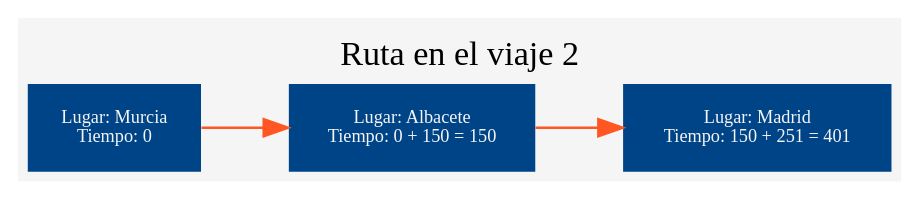
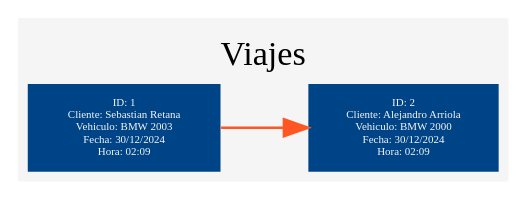
One commit to HerberthReyes07/EDD_EVD24_P2 changed the diagram in graficas_edd/aux_grafico.dot. Above: the diagram before and after it, drawn with Graphviz. The commit also changed 9 other files, not shown here.

```diff
--- a/graficas_edd/aux_grafico.dot
+++ b/graficas_edd/aux_grafico.dot
@@ -1,16 +1,14 @@
 digraph G {
 	graph[rankdir="LR"]
 	bgcolor="#F5F5F5";
 	fontcolor=black;
-	label="Ruta en el viaje 2";
+	label="Viajes";
 	labelloc="t";
 	nodesep=0.5;
-	node [fontsize = 7.5 shape=box style=filled fillcolor="#004488" fontcolor="#F5F5F5" color=transparent];
-	edge [fontcolor=black color="#ff5722"];
-	n1[label="Lugar: Murcia\nTiempo: 0"];
-	n2[label="Lugar: Albacete\nTiempo: 0 + 150 = 150"];
-	n3[label="Lugar: Madrid\nTiempo: 150 + 251 = 401"];
-	n1-> n2;
-	n2-> n3;
+	node [fontsize = 4.5 shape=box style=filled fillcolor="#004488" fontcolor="#F5F5F5" color=transparent];
+	edge [fontcolor=white color="#ff5722"];
+	n1[label="ID: 1\nCliente: Sebastian Retana\nVehiculo: BMW 2003\nFecha: 30/12/2024\nHora: 02:09"];
+	n2[label="ID: 2\nCliente: Alejandro Arriola\nVehiculo: BMW 2000\nFecha: 30/12/2024\nHora: 02:09"];
+	n1 -> n2;
 	
 }
```
